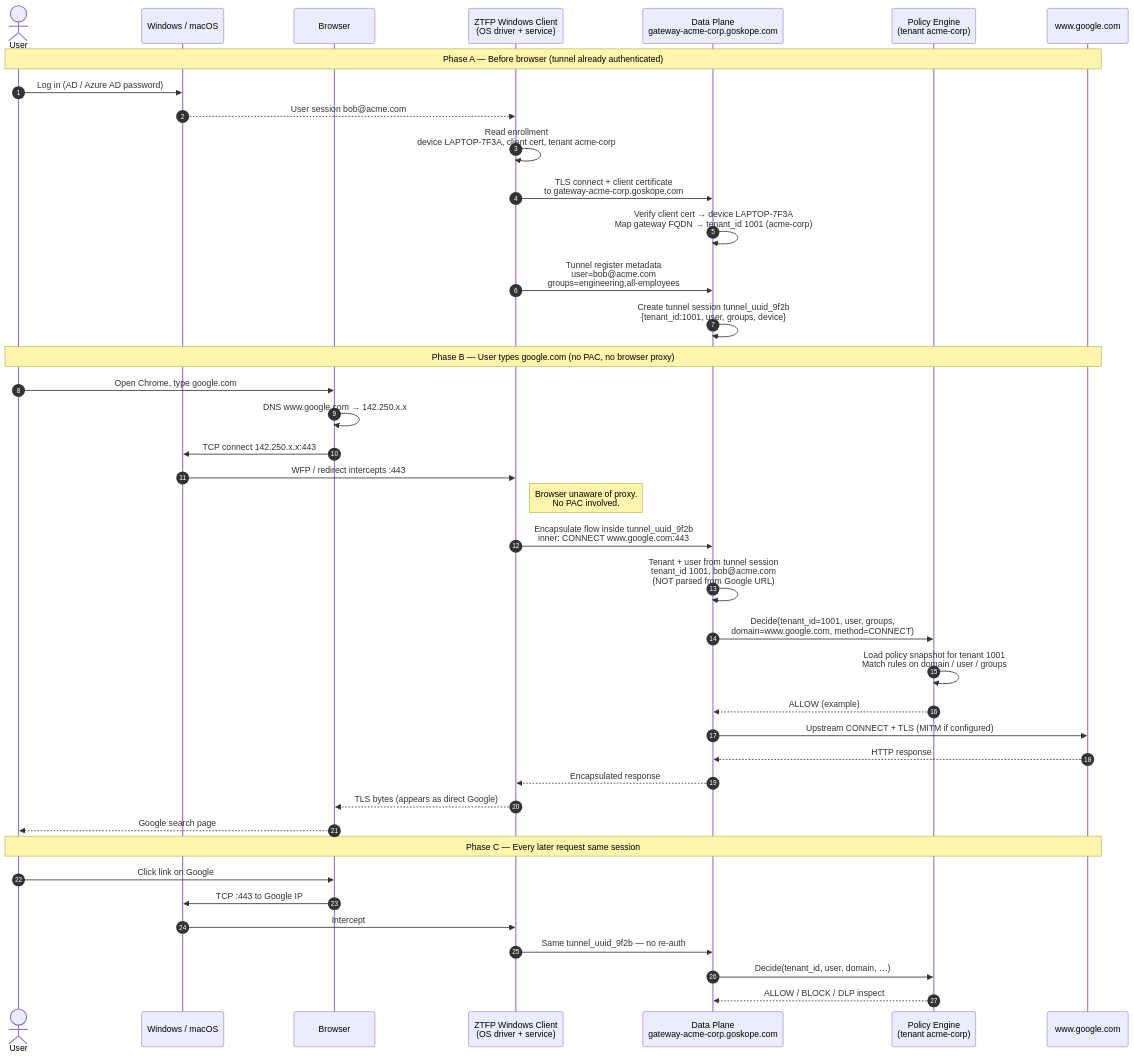
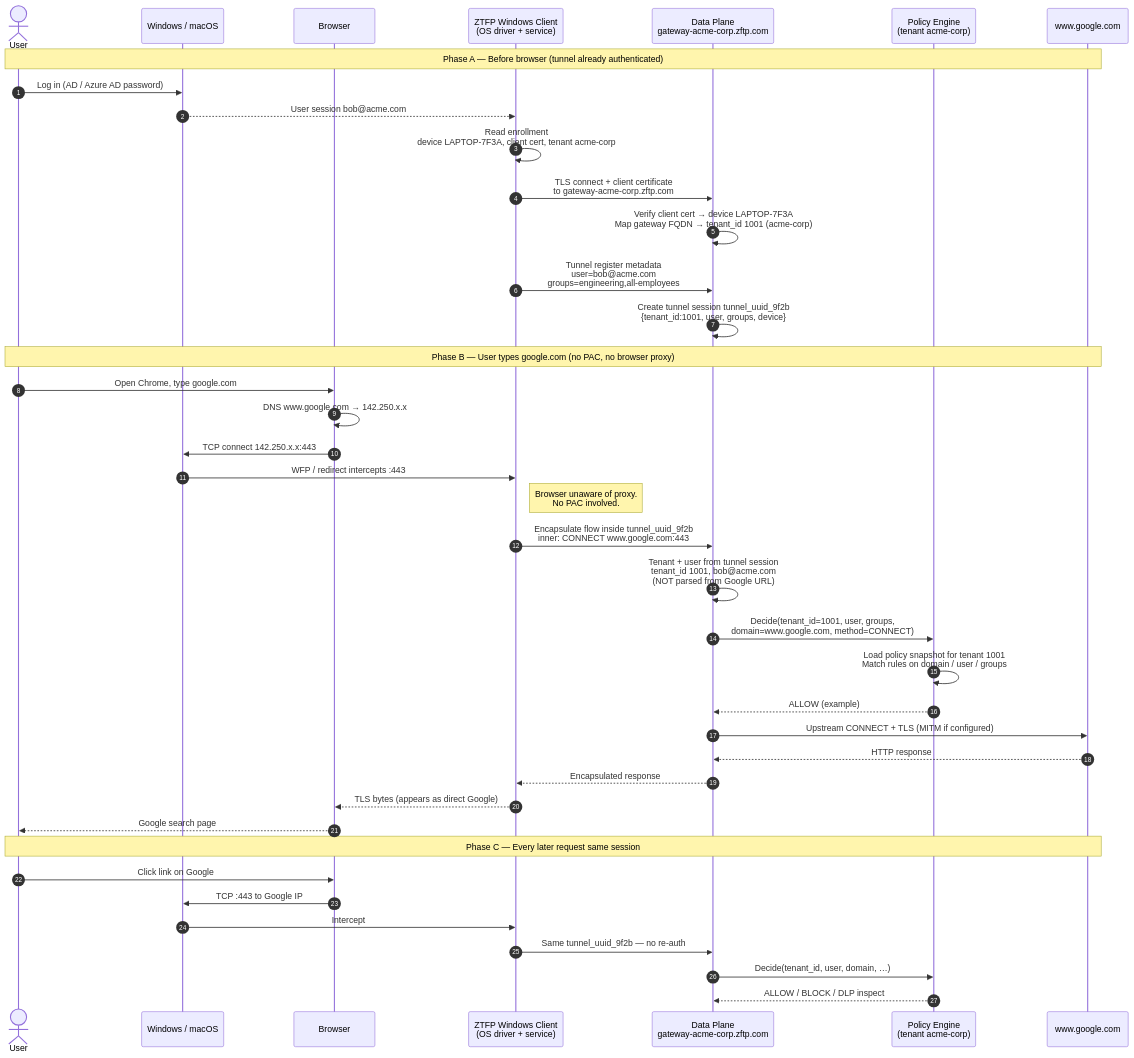
The diagram in Documentation/Authentication.md (code-with-amitk/ZeroTrustForwardProxy), drawn with Mermaid before and after one commit. The commit also changed other lines of this file and 5 other files, not shown here.

````diff
--- a/Documentation/Authentication.md
+++ b/Documentation/Authentication.md
@@ -97,51 +97,51 @@
 ```mermaid
 sequenceDiagram
     autonumber
     actor User
     participant OS as Windows / macOS
     participant Browser
     participant Client as ZTFP Windows Client<br/>(OS driver + service)
-    participant DP as Data Plane<br/>gateway-acme-corp.goskope.com
+    participant DP as Data Plane<br/>gateway-acme-corp.zftp.com
     participant PE as Policy Engine<br/>(tenant acme-corp)
     participant Google as www.google.com
 
     Note over User,Google: Phase A — Before browser (tunnel already authenticated)
 
     User->>OS: Log in (AD / Azure AD password)
     OS-->>Client: User session bob@acme.com
     Client->>Client: Read enrollment<br/>device LAPTOP-7F3A, client cert, tenant acme-corp
-    Client->>DP: TLS connect + client certificate<br/>to gateway-acme-corp.goskope.com
+    Client->>DP: TLS connect + client certificate<br/>to gateway-acme-corp.zftp.com
     DP->>DP: Verify client cert → device LAPTOP-7F3A<br/>Map gateway FQDN → tenant_id 1001 (acme-corp)
     Client->>DP: Tunnel register metadata<br/>user=bob@acme.com<br/>groups=engineering,all-employees
     DP->>DP: Create tunnel session tunnel_uuid_9f2b<br/>{tenant_id:1001, user, groups, device}
 
     Note over User,Google: Phase B — User types google.com (no PAC, no browser proxy)
 
     User->>Browser: Open Chrome, type google.com
     Browser->>Browser: DNS www.google.com → 142.250.x.x
     Browser->>OS: TCP connect 142.250.x.x:443
 
     OS->>Client: WFP / redirect intercepts :443
     Note right of Client: Browser unaware of proxy.<br/>No PAC involved.
 
     Client->>DP: Encapsulate flow inside tunnel_uuid_9f2b<br/>inner: CONNECT www.google.com:443
     DP->>DP: Tenant + user from tunnel session<br/>tenant_id 1001, bob@acme.com<br/>(NOT parsed from Google URL)
     DP->>PE: Decide(tenant_id=1001, user, groups,<br/>domain=www.google.com, method=CONNECT)
     PE->>PE: Load policy snapshot for tenant 1001<br/>Match rules on domain / user / groups
     PE-->>DP: ALLOW (example)
 
     DP->>Google: Upstream CONNECT + TLS (MITM if configured)
     Google-->>DP: HTTP response
     DP-->>Client: Encapsulated response
     Client-->>Browser: TLS bytes (appears as direct Google)
     Browser-->>User: Google search page
 
     Note over User,Google: Phase C — Every later request same session
 
     User->>Browser: Click link on Google
     Browser->>OS: TCP :443 to Google IP
     OS->>Client: Intercept
     Client->>DP: Same tunnel_uuid_9f2b — no re-auth
     DP->>PE: Decide(tenant_id, user, domain, …)
     PE-->>DP: ALLOW / BLOCK / DLP inspect
 ```
````
